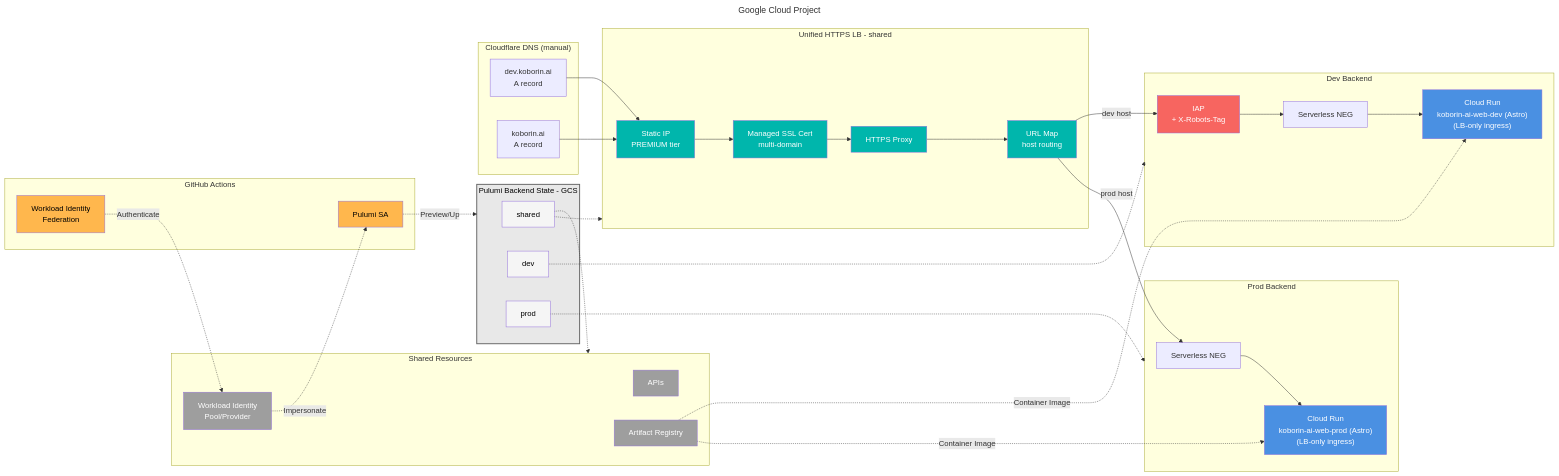
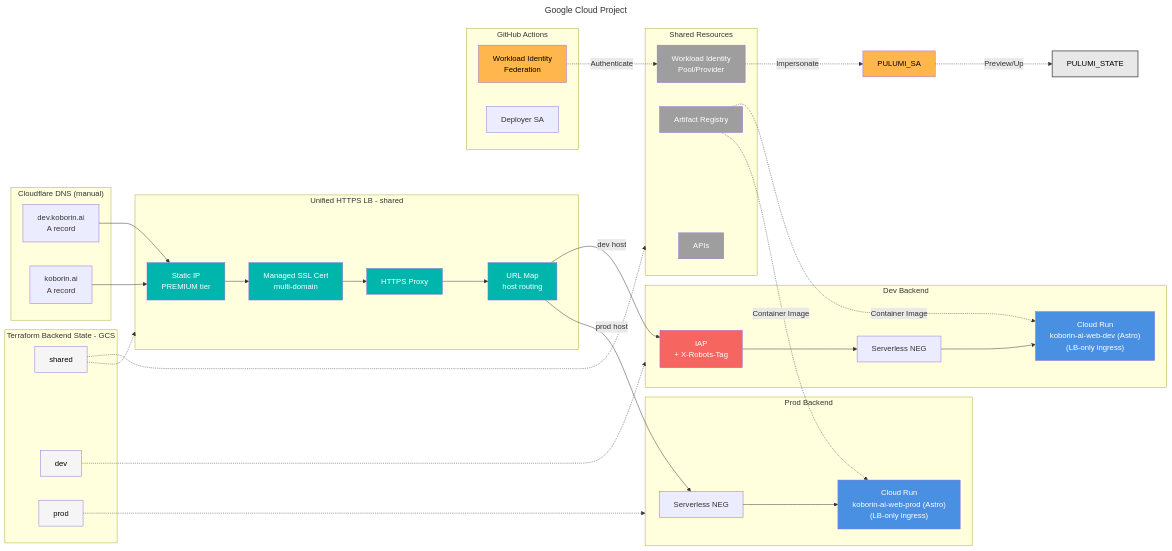
Before and after one commit to koborin-ai/site: the first of 2 diagrams in README.md, drawn with Mermaid. The commit also changed other lines of this file and 17 other files, not shown here.

First line of the commit message:
feat(infra): retire Pulumi Go and switch CI to TerraDart/Terraform

```diff
--- a/README.md
+++ b/README.md
@@ -15,7 +15,7 @@
 title: "Google Cloud Project"
 ---
 flowchart LR
-    subgraph PULUMI_STATE["Pulumi Backend State - GCS"]
+    subgraph TF_STATE["Terraform Backend State - GCS"]
         STATE_SHARED["shared"]
         STATE_DEV["dev"]
         STATE_PROD["prod"]
@@ -52,7 +52,7 @@
     
     subgraph CICD["GitHub Actions"]
         GH_WIF["Workload Identity<br/>Federation"]
-        PULUMI_SA["Pulumi SA"]
+        DEPLOYER_SA["Deployer SA"]
     end
     
     STATE_SHARED -.-> SHARED
```
